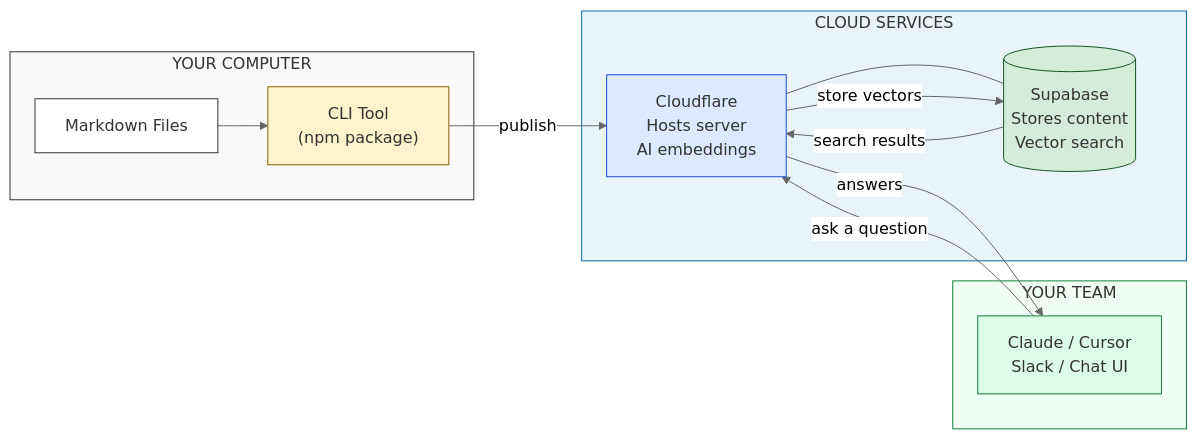
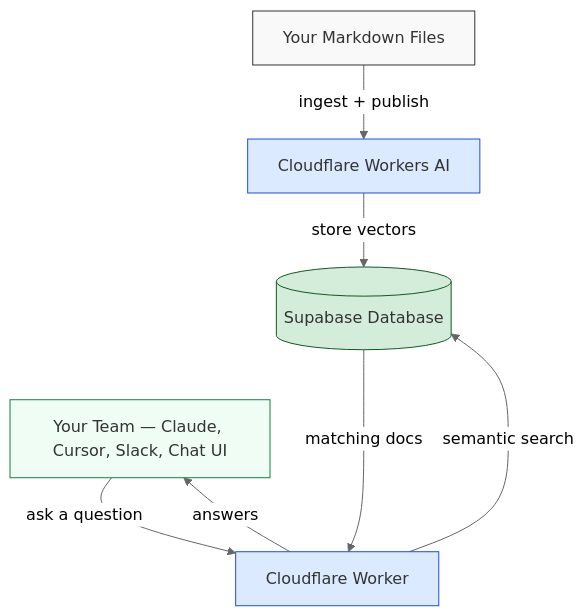
Before and after one commit to southleft/company-docs-mcp: the diagram in README.md, drawn with Mermaid (neutral theme).

Commit message:
docs: Simplify Mermaid diagram layout to top-down flow

````diff
--- a/README.md
+++ b/README.md
@@ -35,32 +35,18 @@
 ```mermaid
-flowchart LR
-    subgraph local ["YOUR COMPUTER"]
-        A["Markdown Files"] --> B["CLI Tool\n(npm package)"]
-    end
+flowchart TD
+    A["Your Markdown Files"] -->|"ingest + publish"| B["Cloudflare Workers AI"]
+    B -->|"store vectors"| C[("Supabase Database")]
 
-    subgraph cloud ["CLOUD SERVICES"]
-        C["Cloudflare\nHosts server\nAI embeddings"]
-        D[("Supabase\nStores content\nVector search")]
-        C --- D
-    end
+    C ~~~ D
 
-    B -- "publish" --> C
-    C -- "store vectors" --> D
+    D["Your Team — Claude, Cursor, Slack, Chat UI"] -->|"ask a question"| E["Cloudflare Worker"]
+    E -->|"semantic search"| C
+    C -->|"matching docs"| E
+    E -->|"answers"| D
 
-    subgraph clients ["YOUR TEAM"]
-        E["Claude / Cursor\nSlack / Chat UI"]
-    end
-
-    E -- "ask a question" --> C
-    D -- "search results" --> C
-    C -- "answers" --> E
-
-    style local fill:#f9f9f9,stroke:#333,color:#333
-    style cloud fill:#e8f4f8,stroke:#0369a1,color:#333
-    style clients fill:#f0fdf4,stroke:#15803d,color:#333
-    style A fill:#fff,stroke:#333,color:#333
-    style B fill:#fff3cd,stroke:#856404,color:#333
-    style C fill:#dbeafe,stroke:#1d4ed8,color:#333
-    style D fill:#d4edda,stroke:#155724,color:#333
-    style E fill:#dcfce7,stroke:#15803d,color:#333
+    style A fill:#f9f9f9,stroke:#333,color:#333
+    style B fill:#dbeafe,stroke:#1d4ed8,color:#333
+    style C fill:#d4edda,stroke:#155724,color:#333
+    style D fill:#f0fdf4,stroke:#15803d,color:#333
+    style E fill:#dbeafe,stroke:#1d4ed8,color:#333
 ```
````
